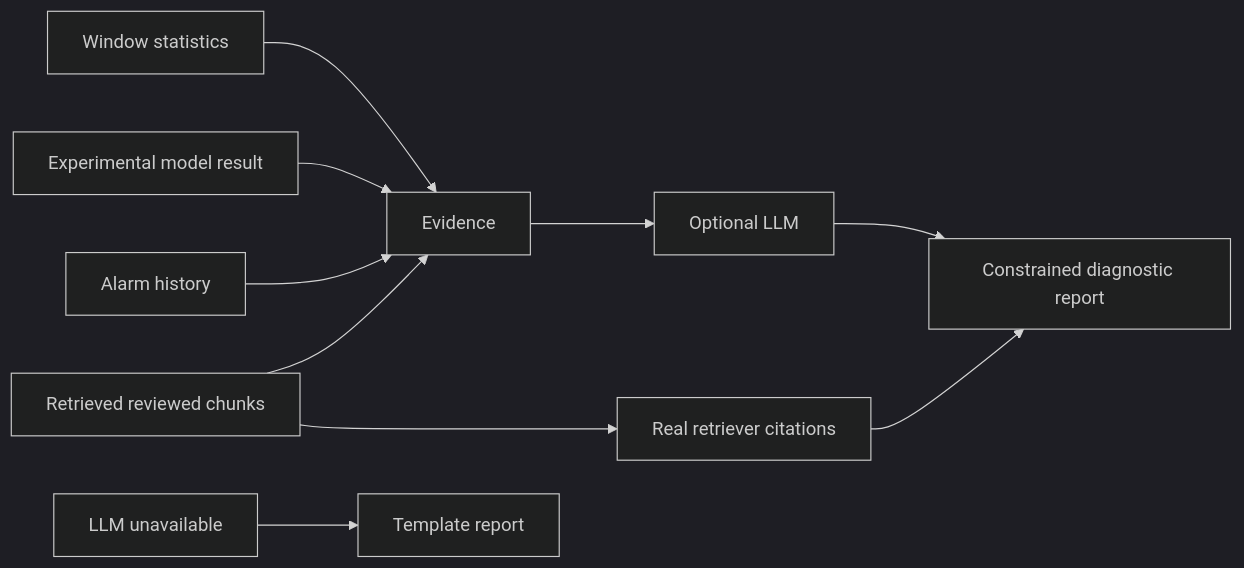
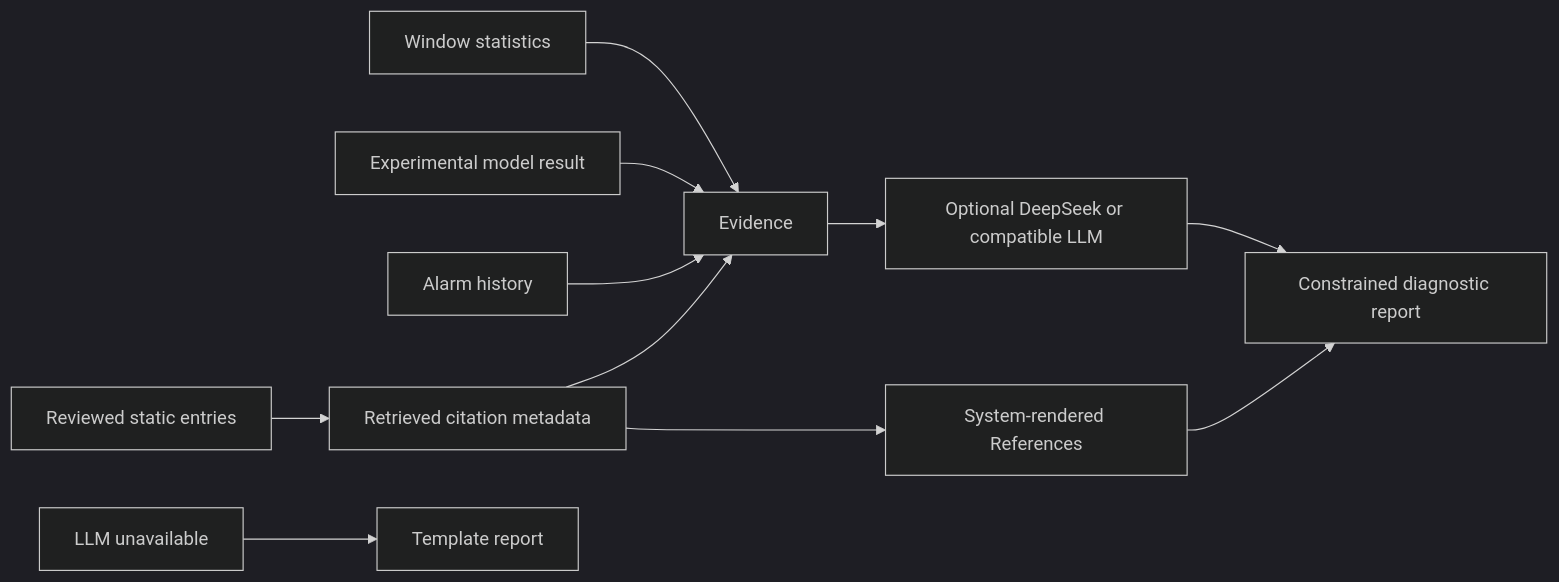
Before and after one commit to dowdah/oilwell-ai: the third of 3 diagrams in docs/final/system-architecture.md, drawn with Mermaid (dark theme). The commit also changed other lines of this file and 17 other files, not shown here.

First line of the commit message:
feat: finalize course delivery with DeepSeek diagnostics

````diff
--- a/docs/final/system-architecture.md
+++ b/docs/final/system-architecture.md
@@ -37,12 +37,13 @@
 ```mermaid
 flowchart LR
   Stats[Window statistics] --> Evidence
   Model[Experimental model result] --> Evidence
   History[Alarm history] --> Evidence
-  Chunks[Retrieved reviewed chunks] --> Evidence
-  Evidence --> LLM[Optional LLM]
+  Chunks[Reviewed static entries] --> Metadata[Retrieved citation metadata]
+  Metadata --> Evidence
+  Evidence --> LLM[Optional DeepSeek or compatible LLM]
   LLM --> Report[Constrained diagnostic report]
-  Chunks --> Cite[Real retriever citations]
+  Metadata --> Cite[System-rendered References]
   Cite --> Report
   Fallback[LLM unavailable] --> Template[Template report]
 ```
````
